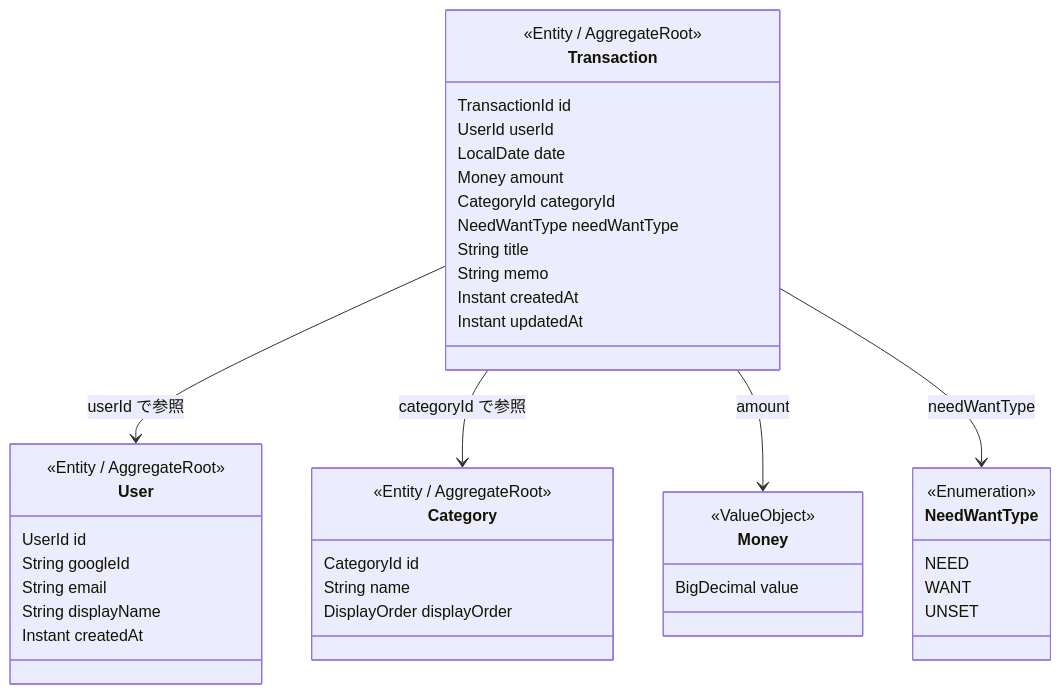
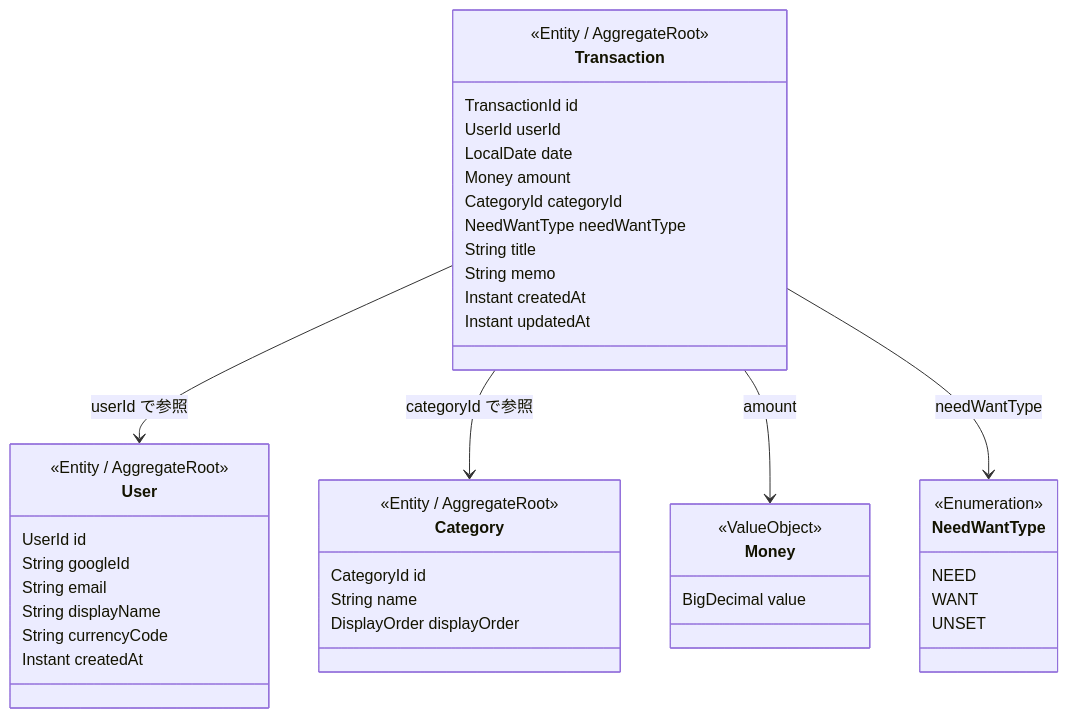
Before and after one commit to youmorry/expense-tracker: the diagram in docs/03-design/domain-model.md, drawn with Mermaid. The commit also changed other lines of this file, not shown here.

````diff
--- a/docs/03-design/domain-model.md
+++ b/docs/03-design/domain-model.md
@@ -12,51 +12,52 @@
 ```mermaid
 classDiagram
     direction TB
 
     class User {
         <<Entity / AggregateRoot>>
         UserId id
         String googleId
         String email
         String displayName
+        String currencyCode
         Instant createdAt
     }
 
     class Transaction {
         <<Entity / AggregateRoot>>
         TransactionId id
         UserId userId
         LocalDate date
         Money amount
         CategoryId categoryId
         NeedWantType needWantType
         String title
         String memo
         Instant createdAt
         Instant updatedAt
     }
 
     class Category {
         <<Entity / AggregateRoot>>
         CategoryId id
         String name
         DisplayOrder displayOrder
     }
 
     class Money {
         <<ValueObject>>
         BigDecimal value
     }
 
     class NeedWantType {
         <<Enumeration>>
         NEED
         WANT
         UNSET
     }
 
     Transaction --> User : userId で参照
     Transaction --> Category : categoryId で参照
     Transaction --> Money : amount
     Transaction --> NeedWantType : needWantType
 ```
````
